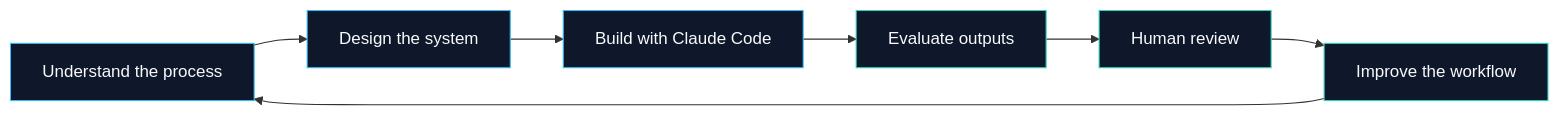
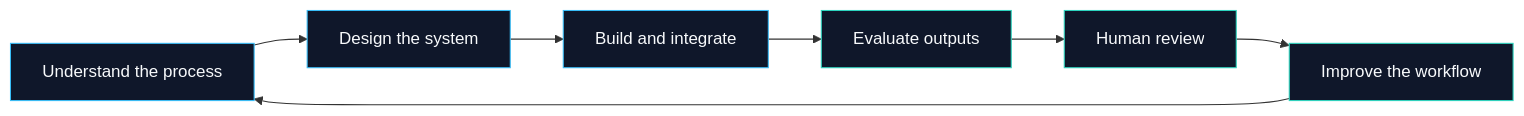
The diagram in README.md (abdullahautomates/abdullahautomates), drawn with Mermaid before and after one commit. The commit also changed other lines of this file, not shown here.

````diff
--- a/README.md
+++ b/README.md
@@ -67,15 +67,15 @@
 ```mermaid
 flowchart LR
     A[Understand the process] --> B[Design the system]
-    B --> C[Build with Claude Code]
+    B --> C[Build and integrate]
     C --> D[Evaluate outputs]
     D --> E[Human review]
     E --> F[Improve the workflow]
     F --> A
     style A fill:#0f172a,stroke:#38bdf8,color:#f8fafc
     style B fill:#0f172a,stroke:#38bdf8,color:#f8fafc
     style C fill:#0f172a,stroke:#38bdf8,color:#f8fafc
     style D fill:#0f172a,stroke:#2dd4bf,color:#f8fafc
     style E fill:#0f172a,stroke:#2dd4bf,color:#f8fafc
     style F fill:#0f172a,stroke:#2dd4bf,color:#f8fafc
 ```
````
